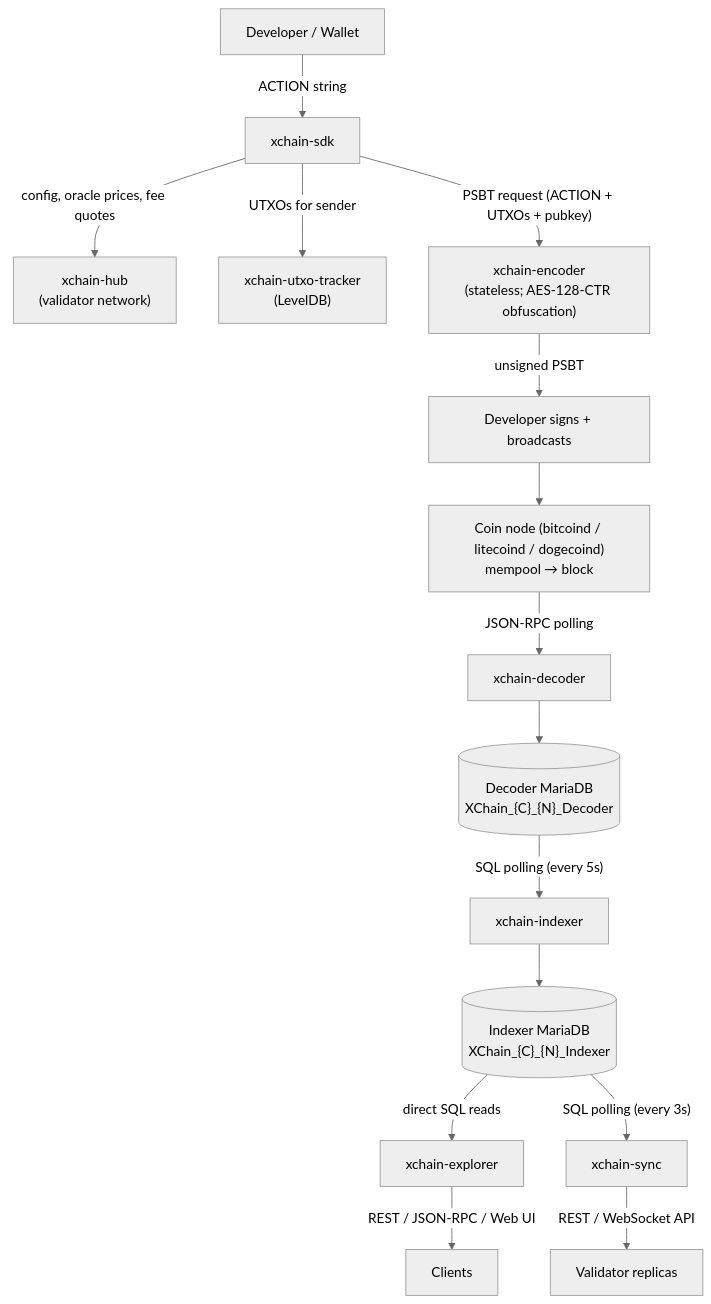
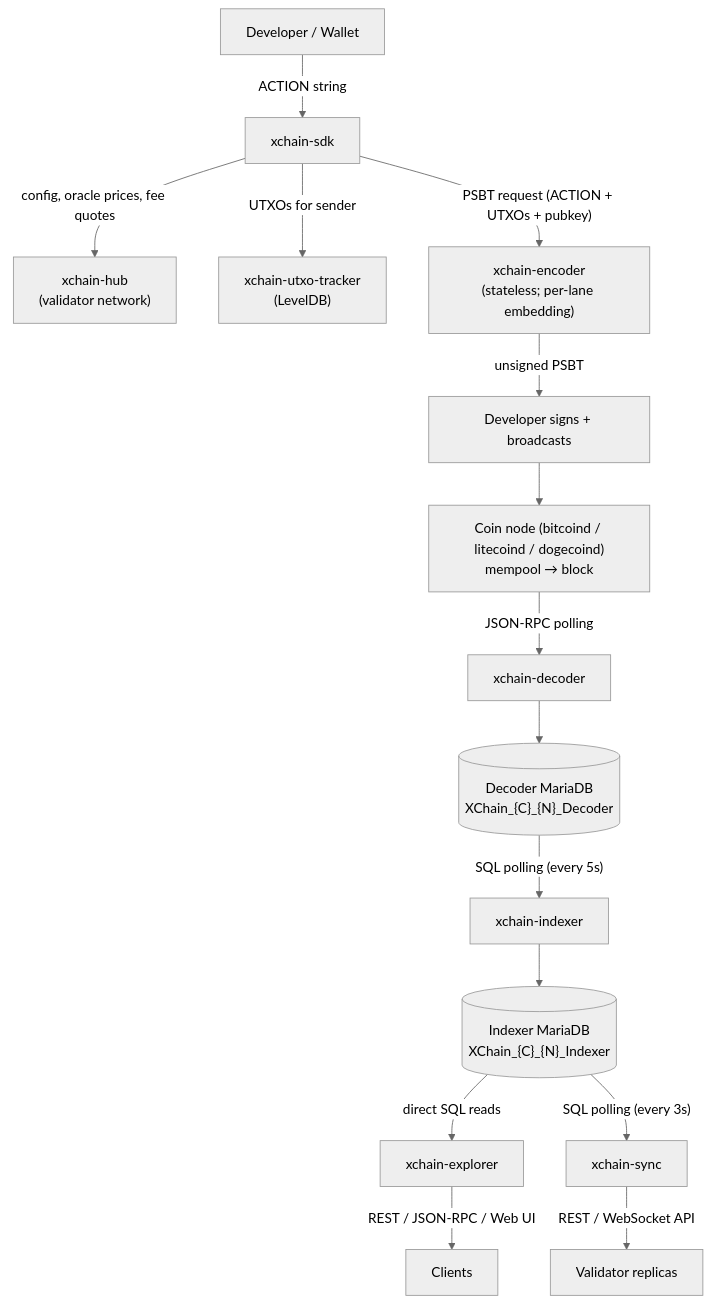
The second of 2 diagrams in architecture/data-pipeline.md (XChain-Platform/xchain-documentation), drawn with Mermaid (neutral theme) before and after one commit. The commit also changed other lines of this file and 39 other files, not shown here.

````diff
--- a/architecture/data-pipeline.md
+++ b/architecture/data-pipeline.md
@@ -159,33 +162,33 @@
 ```mermaid
 flowchart TD
     DEV["Developer / Wallet"]
     SDK["xchain-sdk"]
     HUB["xchain-hub<br>(validator network)"]
     UTXO["xchain-utxo-tracker<br>(LevelDB)"]
-    ENC["xchain-encoder<br>(stateless; AES-128-CTR obfuscation)"]
+    ENC["xchain-encoder<br>(stateless; per-lane embedding)"]
     SIGN["Developer signs + broadcasts"]
     NODE["Coin node (bitcoind / litecoind / dogecoind)<br>mempool → block"]
     DECODER["xchain-decoder"]
     DECDB[("Decoder MariaDB<br>XChain_{C}_{N}_Decoder")]
     INDEXER["xchain-indexer"]
     IDXDB[("Indexer MariaDB<br>XChain_{C}_{N}_Indexer")]
     EXPLORER["xchain-explorer"]
     SYNC["xchain-sync"]
     CLIENTS["Clients"]
     REPLICAS["Validator replicas"]
 
     DEV -->|ACTION string| SDK
     SDK -->|config, oracle prices, fee quotes| HUB
     SDK -->|UTXOs for sender| UTXO
     SDK -->|"PSBT request (ACTION + UTXOs + pubkey)"| ENC
     ENC -->|unsigned PSBT| SIGN
     SIGN --> NODE
     NODE -->|JSON-RPC polling| DECODER
     DECODER --> DECDB
     DECDB -->|"SQL polling (every 5s)"| INDEXER
     INDEXER --> IDXDB
     IDXDB -->|direct SQL reads| EXPLORER
     IDXDB -->|"SQL polling (every 3s)"| SYNC
     EXPLORER -->|REST / JSON-RPC / Web UI| CLIENTS
     SYNC -->|REST / WebSocket API| REPLICAS
 ```
````
